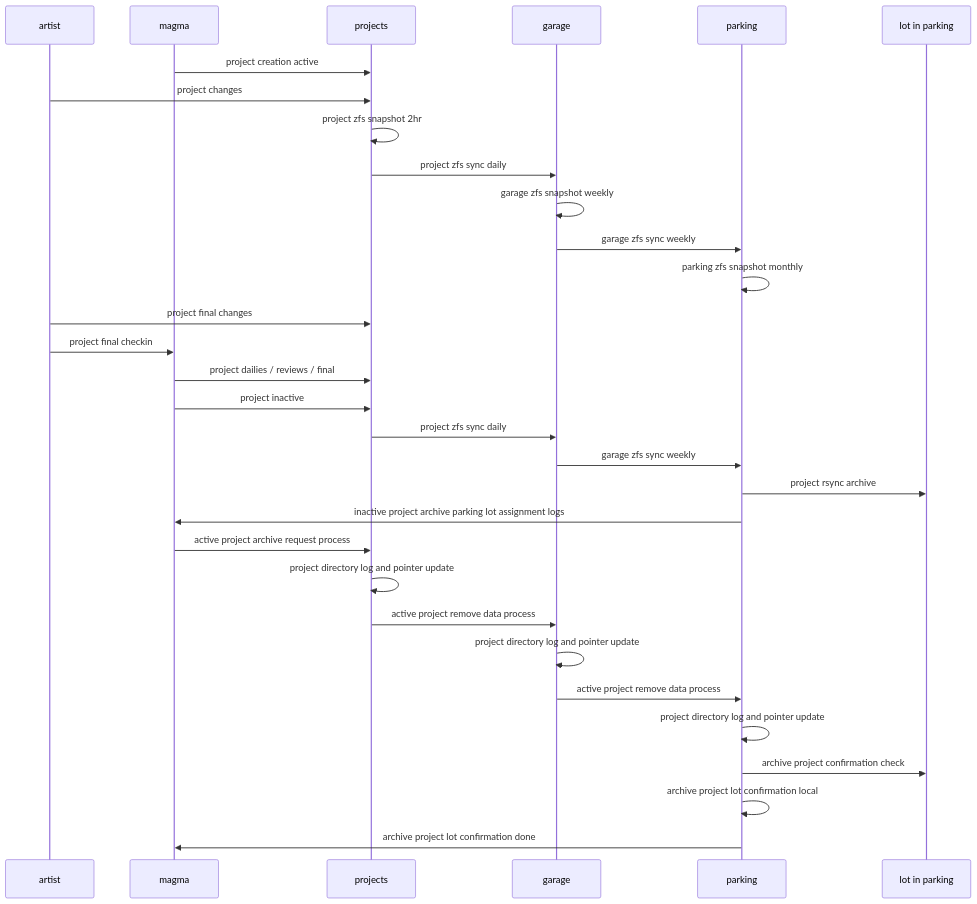
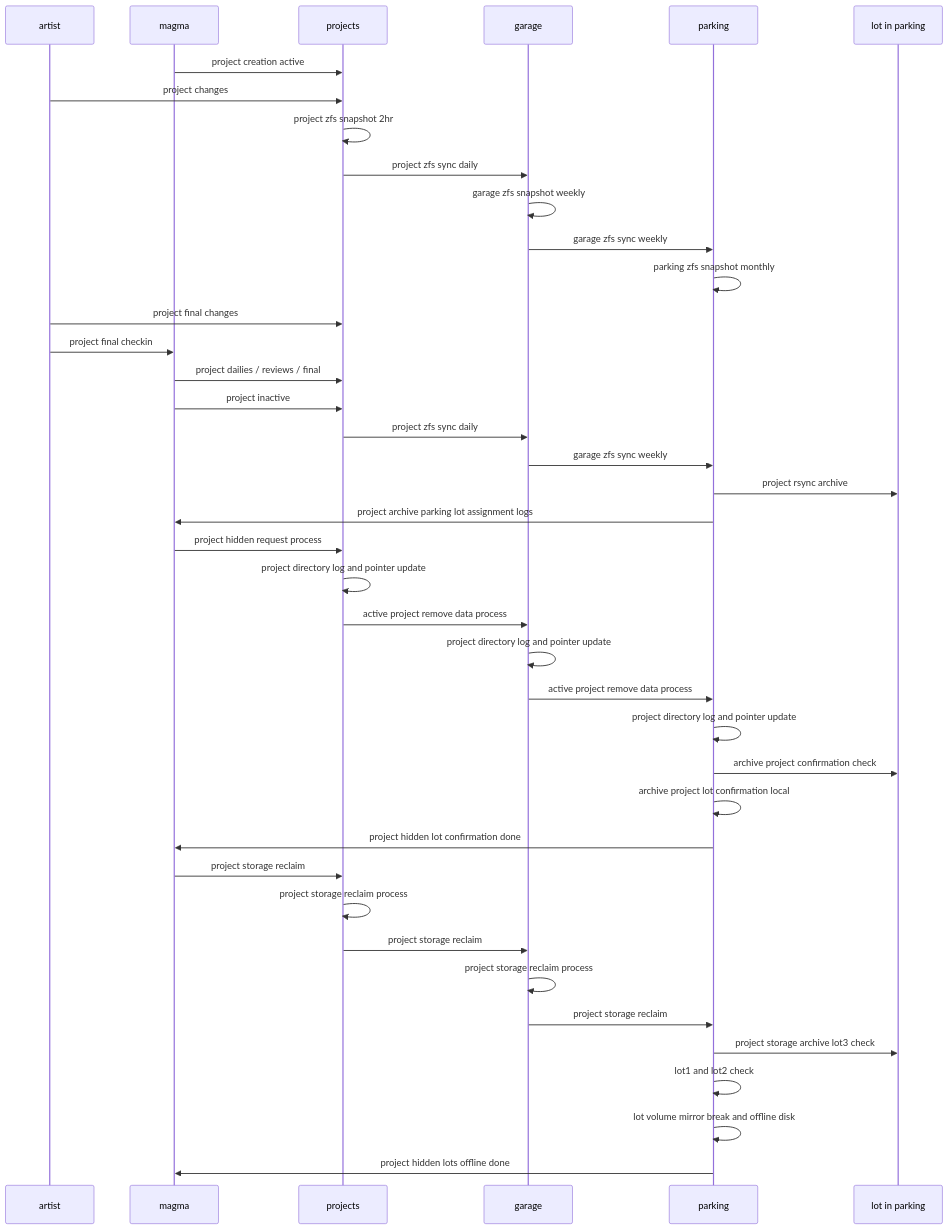
The diagram in labnotes/storage-backup-archive.md (christrees/wip), drawn with Mermaid before and after one commit.

````diff
--- a/labnotes/storage-backup-archive.md
+++ b/labnotes/storage-backup-archive.md
@@ -3,34 +3,44 @@
 ```mermaid
 sequenceDiagram
     participant artist
     participant magma
     participant projects
     participant garage
     participant parking
     participant lot in parking
     magma->>projects: project creation active
     artist->>projects: project changes
     projects->>projects: project zfs snapshot 2hr
     projects->>garage: project zfs sync daily
     garage->>garage: garage zfs snapshot weekly
     garage->>parking: garage zfs sync weekly
     parking->>parking: parking zfs snapshot monthly
     artist->>projects: project final changes
     artist->>magma: project final checkin
     magma->>projects: project dailies / reviews / final
     magma->>projects: project inactive
     projects->>garage: project zfs sync daily
     garage->>parking: garage zfs sync weekly
     parking->>lot in parking: project rsync archive
-    parking->>magma: inactive project archive parking lot assignment logs
-    magma->>projects: active project archive request process
+    parking->>magma: project archive parking lot assignment logs
+    magma->>projects: project hidden request process
     projects->>projects: project directory log and pointer update
     projects->>garage: active project remove data process
     garage->>garage: project directory log and pointer update
     garage->>parking: active project remove data process
     parking->>parking: project directory log and pointer update
     parking->>lot in parking: archive project confirmation check
     parking->>parking: archive project lot confirmation local
-    parking->>magma: archive project lot confirmation done
+    parking->>magma: project hidden lot confirmation done
+    magma->>projects: project storage reclaim
+    projects->>projects: project storage reclaim process
+    projects->>garage: project storage reclaim
+    garage->>garage: project storage reclaim process
+    garage->>parking: project storage reclaim
+    parking->>lot in parking: project storage archive lot3 check
+    parking->>parking: lot1 and lot2 check
+    parking->>parking: lot volume mirror break and offline disk
+    parking->>magma: project hidden lots offline done
+
    
 ```
````
